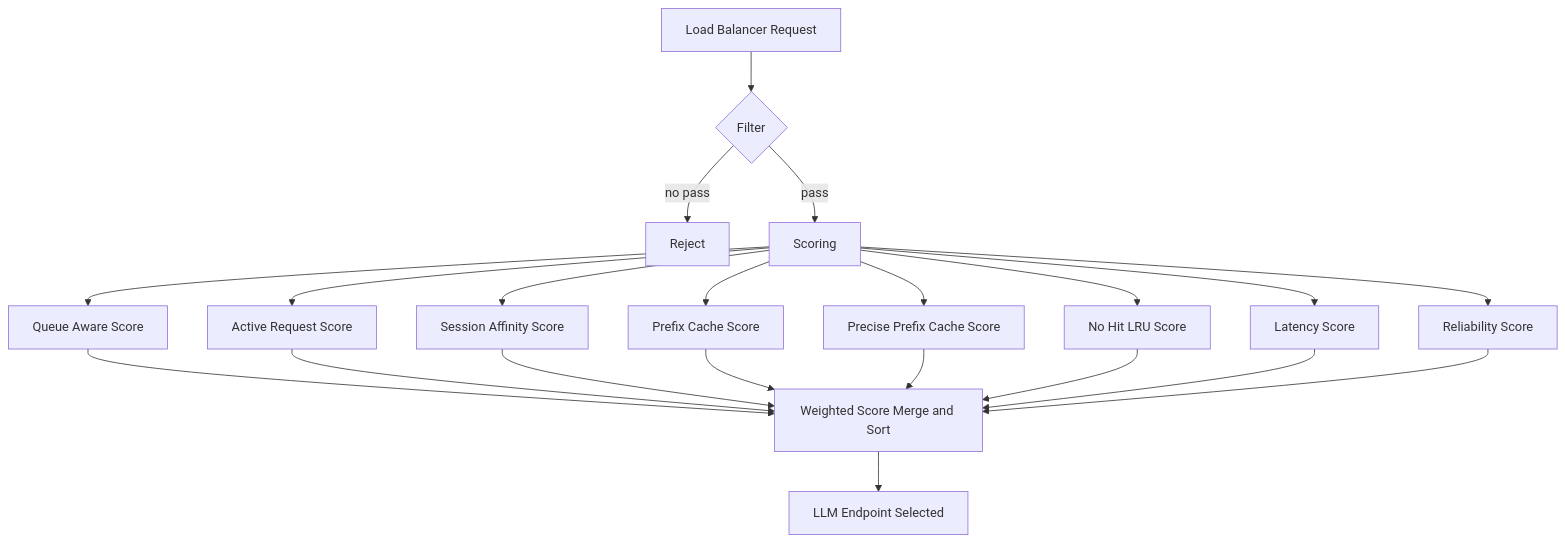
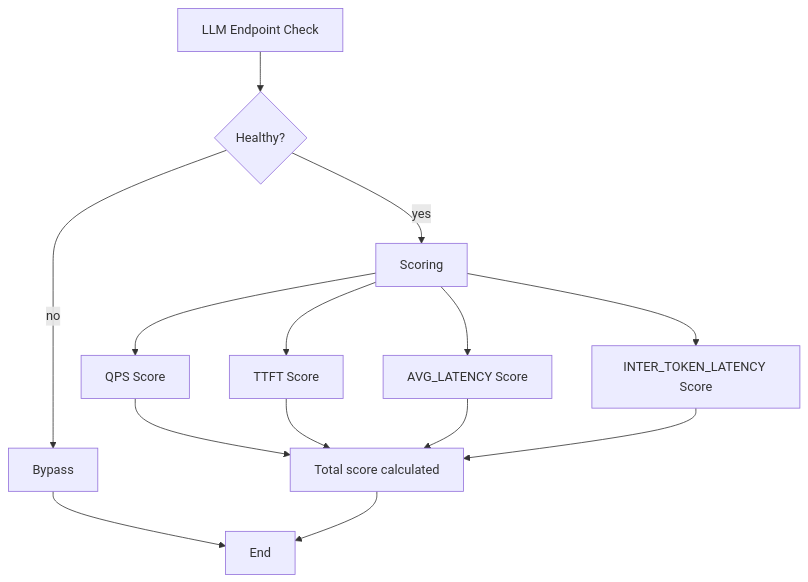
One commit to puyanguvic/semenatic_routing_and_load_balance changed the third of 3 diagrams in ase_llm_load_balancer.md. Above: the diagram before and after it, drawn with Mermaid. The commit also changed other lines of this file, not shown here.

First line of the commit message:
Update ASE LLM Load Balancer documentation

````diff
--- a/ase_llm_load_balancer.md
+++ b/ase_llm_load_balancer.md
@@ -261,27 +270,18 @@
 ```mermaid
 flowchart TD
-    A[Load Balancer Request] --> B{Filter}
+    A[LLM Endpoint Check] --> B{Healthy?}
+    B -- no --> Bypass[Bypass]
+    B -- yes --> Scoring
 
-    B -- no pass --> Reject[Reject]
-    B -- pass --> Scoring
+    Scoring --> S1[QPS Score]
+    Scoring --> S2[TTFT Score]
+    Scoring --> S3[AVG_LATENCY Score]
+    Scoring --> S4[INTER_TOKEN_LATENCY Score]
 
-    Scoring --> S1[Queue Aware Score]
-    Scoring --> S2[Active Request Score]
-    Scoring --> S3[Session Affinity Score]
-    Scoring --> S4[Prefix Cache Score]
-    Scoring --> S5[Precise Prefix Cache Score]
-    Scoring --> S6[No Hit LRU Score]
-    Scoring --> S7[Latency Score]
-    Scoring --> S8[Reliability Score]
-
-    S1 --> WS[Weighted Score Merge and Sort]
+    S1 --> WS[Total score calculated]
     S2 --> WS
     S3 --> WS
     S4 --> WS
-    S5 --> WS
-    S6 --> WS
-    S7 --> WS
-    S8 --> WS
-
-    WS --> PK[LLM Endpoint Selected]
+    Bypass --> E[End]
+    WS --> E[End]
 ```
````
